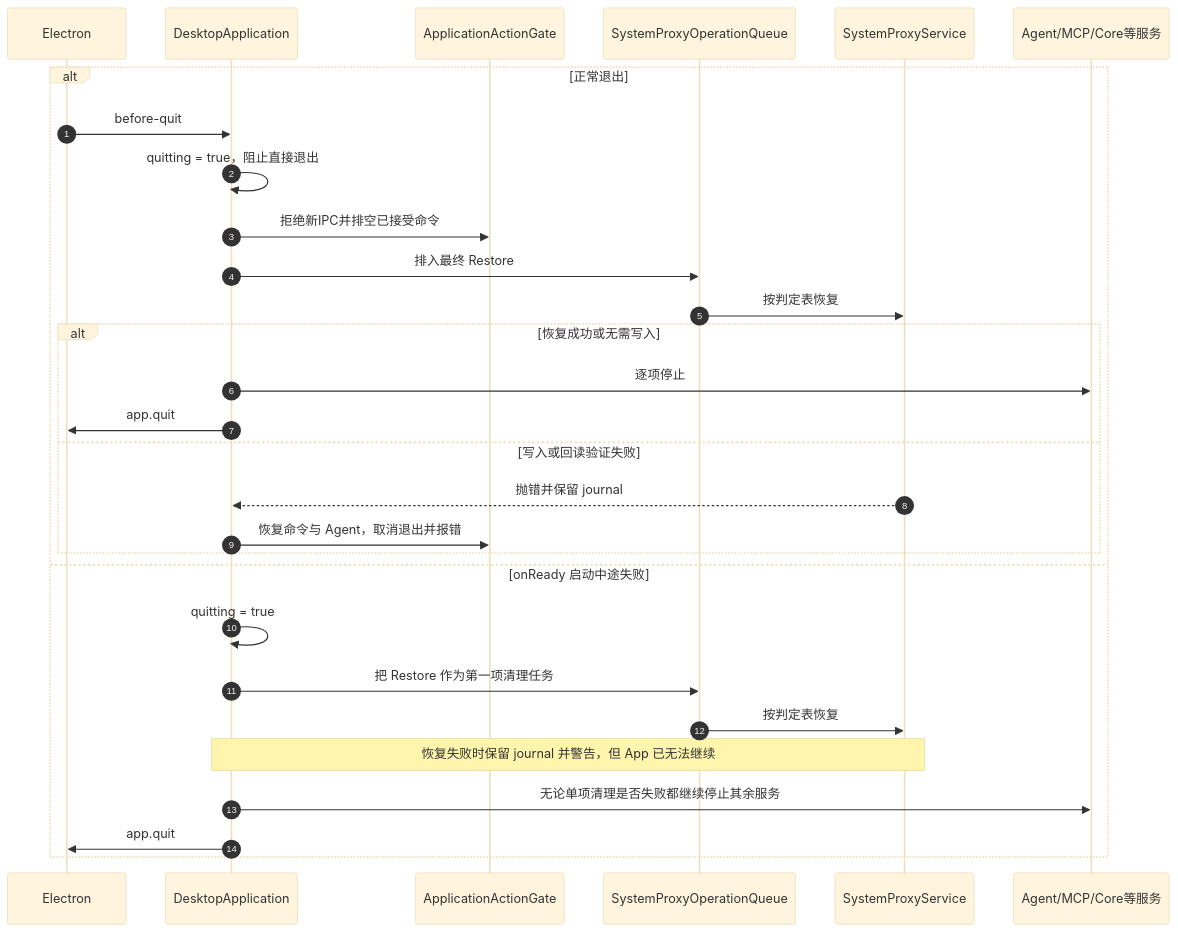
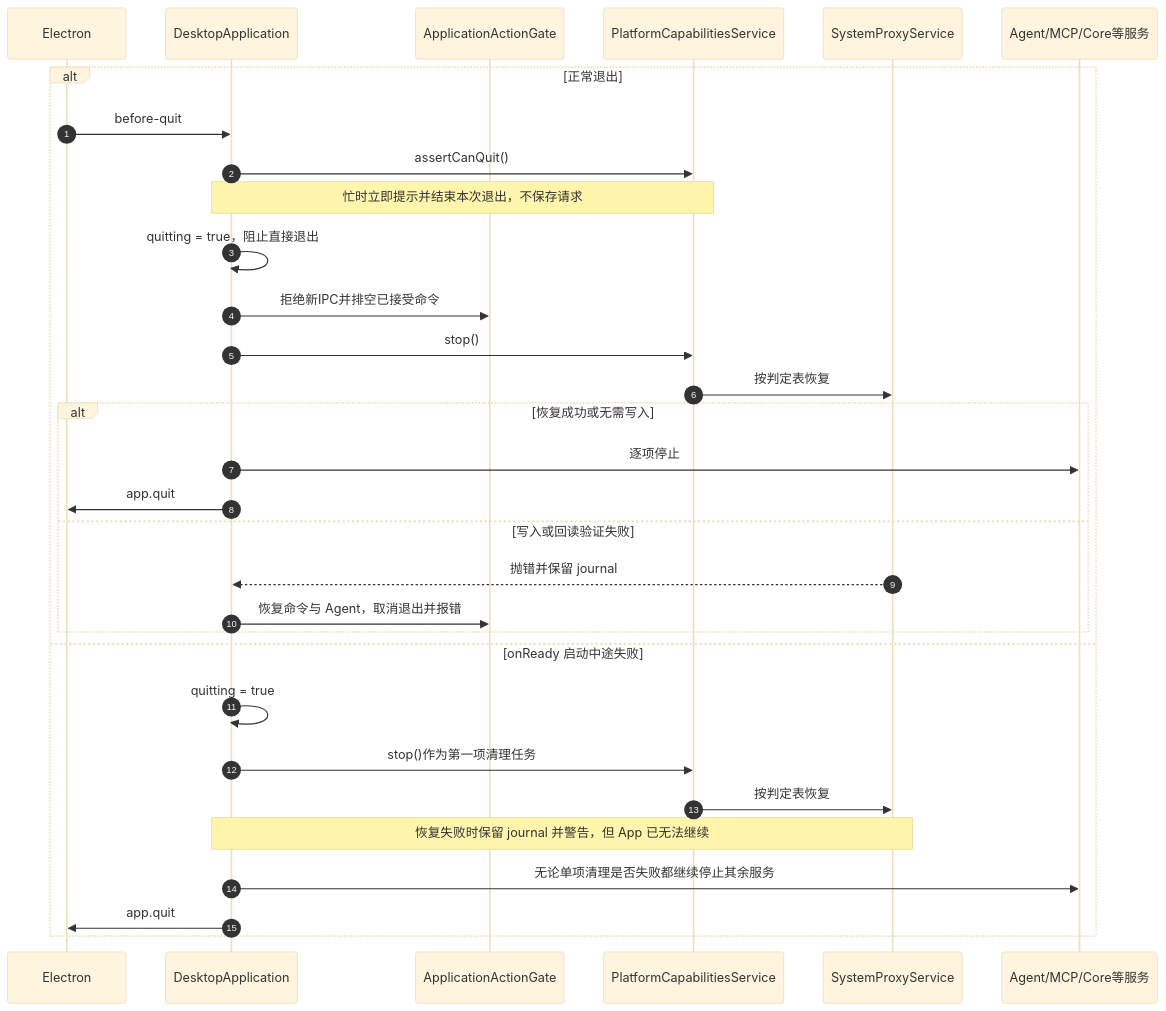
One commit to zhxmt-xm/Interceptor changed the fourth of 7 diagrams in architecture/features/settings.md. Above: the diagram before and after it, drawn with Mermaid (base theme). The commit also changed other lines of this file and 198 other files, not shown here.

First line of the commit message:
feat(main): checkpoint shared platform lifecycle

````diff
--- a/architecture/features/settings.md
+++ b/architecture/features/settings.md
@@ -372,32 +400,34 @@
 ```mermaid
 sequenceDiagram
      autonumber
      participant Electron
      participant Main as DesktopApplication
      participant Gate as ApplicationActionGate
-     participant Queue as SystemProxyOperationQueue
+    participant Platform as PlatformCapabilitiesService
      participant Svc as SystemProxyService
      participant Services as Agent/MCP/Core等服务
 
      alt 正常退出
           Electron->>Main: before-quit
+          Main->>Platform: assertCanQuit()
+          Note over Main,Platform: 忙时立即提示并结束本次退出，不保存请求
           Main->>Main: quitting = true，阻止直接退出
           Main->>Gate: 拒绝新IPC并排空已接受命令
-          Main->>Queue: 排入最终 Restore
-          Queue->>Svc: 按判定表恢复
+          Main->>Platform: stop()
+          Platform->>Svc: 按判定表恢复
           alt 恢复成功或无需写入
                 Main->>Services: 逐项停止
                 Main->>Electron: app.quit
           else 写入或回读验证失败
                 Svc-->>Main: 抛错并保留 journal
                 Main->>Gate: 恢复命令与 Agent，取消退出并报错
           end
      else onReady 启动中途失败
           Main->>Main: quitting = true
-          Main->>Queue: 把 Restore 作为第一项清理任务
-          Queue->>Svc: 按判定表恢复
+          Main->>Platform: stop()作为第一项清理任务
+          Platform->>Svc: 按判定表恢复
           Note over Main,Svc: 恢复失败时保留 journal 并警告，但 App 已无法继续
           Main->>Services: 无论单项清理是否失败都继续停止其余服务
           Main->>Electron: app.quit
      end
 ```
````
